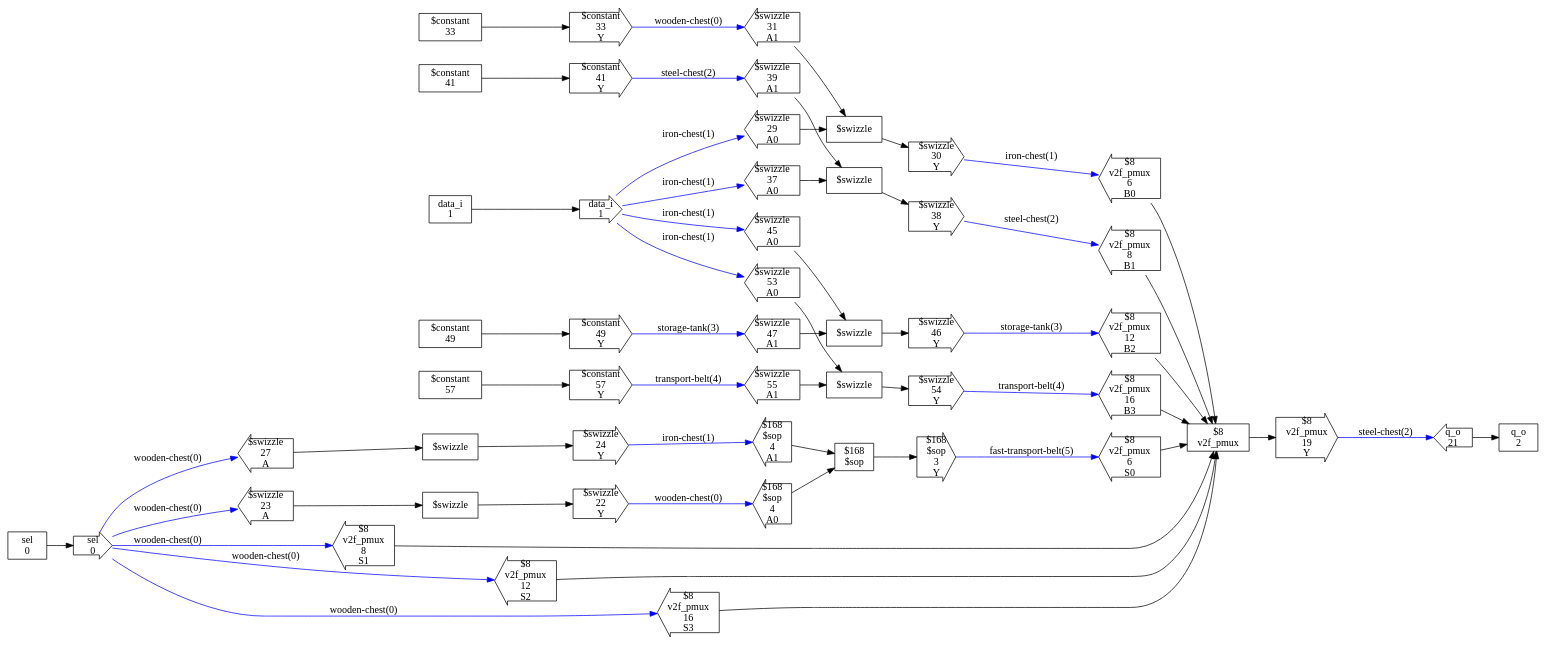
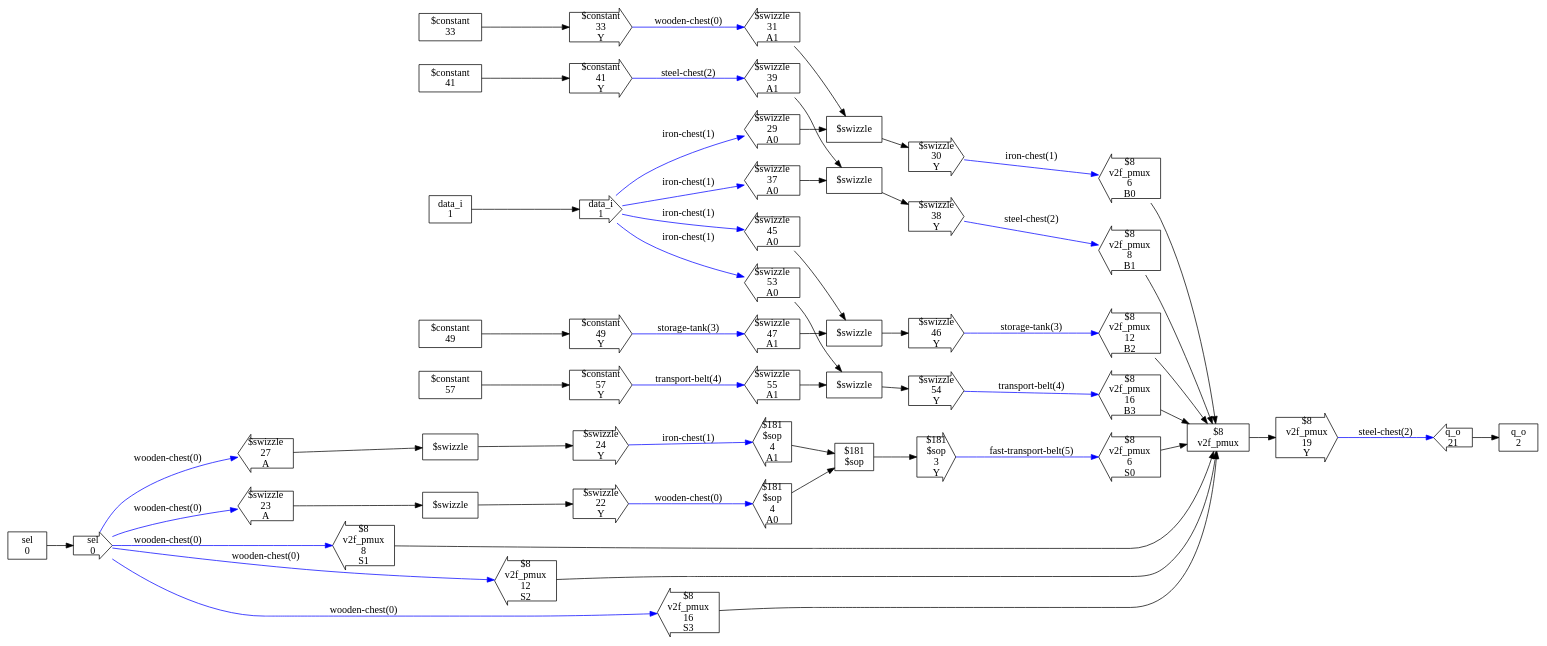
The diagram in test_designs/swizzle_pmux/checked_design.dot (ben-j-c/verilog2factorio), drawn with Graphviz before and after one commit. The commit also changed 72 other files, not shown here.

```diff
--- a/test_designs/swizzle_pmux/checked_design.dot
+++ b/test_designs/swizzle_pmux/checked_design.dot
@@ -1,197 +1,197 @@
 digraph CheckedDesign {
   rankdir=LR
   n0[shape=box,label="sel
 0"]
   n1[shape=box,label="data_i
 1"]
   n2[shape=box,label="q_o
 2"]
-  n3[shape=box,label="$168
+  n4[shape=box,label="$181
 $sop"]
-  n5[shape=box,label="$8
+  n7[shape=box,label="$8
 v2f_pmux"]
   n8[shape=rarrow,label="sel
 0"]
   n9[shape=rarrow,label="data_i
 1"]
   n10[shape=larrow,label="q_o
 21"]
-  n11[shape=larrow,label="$168
+  n14[shape=larrow,label="$181
 $sop
 4
 A0"]
-  n12[shape=larrow,label="$168
+  n15[shape=larrow,label="$181
 $sop
 4
 A1"]
-  n13[shape=rarrow,label="$168
+  n16[shape=rarrow,label="$181
 $sop
 3
 Y"]
-  n17[shape=larrow,label="$8
+  n23[shape=larrow,label="$8
 v2f_pmux
 6
 B0"]
-  n18[shape=larrow,label="$8
+  n24[shape=larrow,label="$8
 v2f_pmux
 8
 B1"]
-  n19[shape=larrow,label="$8
+  n25[shape=larrow,label="$8
 v2f_pmux
 12
 B2"]
-  n20[shape=larrow,label="$8
+  n26[shape=larrow,label="$8
 v2f_pmux
 16
 B3"]
-  n21[shape=larrow,label="$8
+  n27[shape=larrow,label="$8
 v2f_pmux
 6
 S0"]
-  n22[shape=larrow,label="$8
+  n28[shape=larrow,label="$8
 v2f_pmux
 8
 S1"]
-  n23[shape=larrow,label="$8
+  n29[shape=larrow,label="$8
 v2f_pmux
 12
 S2"]
-  n24[shape=larrow,label="$8
+  n30[shape=larrow,label="$8
 v2f_pmux
 16
 S3"]
-  n25[shape=rarrow,label="$8
+  n31[shape=rarrow,label="$8
 v2f_pmux
 19
 Y"]
-  n32[shape=box,label="$swizzle"]
-  n33[shape=rarrow,label="$swizzle
+  n34[shape=box,label="$swizzle"]
+  n35[shape=rarrow,label="$swizzle
 22
 Y"]
-  n34[shape=larrow,label="$swizzle
+  n36[shape=larrow,label="$swizzle
 23
 A"]
-  n35[shape=box,label="$swizzle"]
-  n36[shape=rarrow,label="$swizzle
+  n37[shape=box,label="$swizzle"]
+  n38[shape=rarrow,label="$swizzle
 24
 Y"]
-  n37[shape=larrow,label="$swizzle
+  n39[shape=larrow,label="$swizzle
 27
 A"]
-  n40[shape=box,label="$swizzle"]
-  n41[shape=rarrow,label="$swizzle
+  n44[shape=box,label="$swizzle"]
+  n45[shape=rarrow,label="$swizzle
 30
 Y"]
-  n42[shape=larrow,label="$swizzle
+  n46[shape=larrow,label="$swizzle
 29
 A0"]
-  n43[shape=larrow,label="$swizzle
+  n47[shape=larrow,label="$swizzle
 31
 A1"]
-  n44[shape=box,label="$constant
+  n48[shape=box,label="$constant
 33"]
-  n45[shape=rarrow,label="$constant
+  n49[shape=rarrow,label="$constant
 33
 Y"]
-  n46[shape=box,label="$swizzle"]
-  n47[shape=rarrow,label="$swizzle
+  n50[shape=box,label="$swizzle"]
+  n51[shape=rarrow,label="$swizzle
 38
 Y"]
-  n48[shape=larrow,label="$swizzle
+  n52[shape=larrow,label="$swizzle
 37
 A0"]
-  n49[shape=larrow,label="$swizzle
+  n53[shape=larrow,label="$swizzle
 39
 A1"]
-  n50[shape=box,label="$constant
+  n54[shape=box,label="$constant
 41"]
-  n51[shape=rarrow,label="$constant
+  n55[shape=rarrow,label="$constant
 41
 Y"]
-  n52[shape=box,label="$swizzle"]
-  n53[shape=rarrow,label="$swizzle
+  n56[shape=box,label="$swizzle"]
+  n57[shape=rarrow,label="$swizzle
 46
 Y"]
-  n54[shape=larrow,label="$swizzle
+  n58[shape=larrow,label="$swizzle
 45
 A0"]
-  n55[shape=larrow,label="$swizzle
+  n59[shape=larrow,label="$swizzle
 47
 A1"]
-  n56[shape=box,label="$constant
+  n60[shape=box,label="$constant
 49"]
-  n57[shape=rarrow,label="$constant
+  n61[shape=rarrow,label="$constant
 49
 Y"]
-  n58[shape=box,label="$swizzle"]
-  n59[shape=rarrow,label="$swizzle
+  n62[shape=box,label="$swizzle"]
+  n63[shape=rarrow,label="$swizzle
 54
 Y"]
-  n60[shape=larrow,label="$swizzle
+  n64[shape=larrow,label="$swizzle
 53
 A0"]
-  n61[shape=larrow,label="$swizzle
+  n65[shape=larrow,label="$swizzle
 55
 A1"]
-  n62[shape=box,label="$constant
+  n66[shape=box,label="$constant
 57"]
-  n63[shape=rarrow,label="$constant
+  n67[shape=rarrow,label="$constant
 57
 Y"]
   n0 -> n8
   n1 -> n9
-  n3 -> n13
-  n5 -> n25
-  n8 -> n34 [label="wooden-chest(0)",syle=bold,color=blue]
-  n8 -> n37 [label="wooden-chest(0)",syle=bold,color=blue]
-  n8 -> n22 [label="wooden-chest(0)",syle=bold,color=blue]
-  n8 -> n23 [label="wooden-chest(0)",syle=bold,color=blue]
-  n8 -> n24 [label="wooden-chest(0)",syle=bold,color=blue]
-  n9 -> n42 [label="iron-chest(1)",syle=bold,color=blue]
-  n9 -> n48 [label="iron-chest(1)",syle=bold,color=blue]
-  n9 -> n54 [label="iron-chest(1)",syle=bold,color=blue]
-  n9 -> n60 [label="iron-chest(1)",syle=bold,color=blue]
+  n4 -> n16
+  n7 -> n31
+  n8 -> n36 [label="wooden-chest(0)",syle=bold,color=blue]
+  n8 -> n39 [label="wooden-chest(0)",syle=bold,color=blue]
+  n8 -> n28 [label="wooden-chest(0)",syle=bold,color=blue]
+  n8 -> n29 [label="wooden-chest(0)",syle=bold,color=blue]
+  n8 -> n30 [label="wooden-chest(0)",syle=bold,color=blue]
+  n9 -> n46 [label="iron-chest(1)",syle=bold,color=blue]
+  n9 -> n52 [label="iron-chest(1)",syle=bold,color=blue]
+  n9 -> n58 [label="iron-chest(1)",syle=bold,color=blue]
+  n9 -> n64 [label="iron-chest(1)",syle=bold,color=blue]
   n10 -> n2
-  n11 -> n3
-  n12 -> n3
-  n13 -> n21 [label="fast-transport-belt(5)",syle=bold,color=blue]
-  n17 -> n5
-  n18 -> n5
-  n19 -> n5
-  n20 -> n5
-  n21 -> n5
-  n22 -> n5
-  n23 -> n5
-  n24 -> n5
-  n25 -> n10 [label="steel-chest(2)",syle=bold,color=blue]
-  n32 -> n33
-  n33 -> n11 [label="wooden-chest(0)",syle=bold,color=blue]
-  n34 -> n32
-  n35 -> n36
-  n36 -> n12 [label="iron-chest(1)",syle=bold,color=blue]
-  n37 -> n35
-  n40 -> n41
-  n41 -> n17 [label="iron-chest(1)",syle=bold,color=blue]
-  n42 -> n40
-  n43 -> n40
+  n14 -> n4
+  n15 -> n4
+  n16 -> n27 [label="fast-transport-belt(5)",syle=bold,color=blue]
+  n23 -> n7
+  n24 -> n7
+  n25 -> n7
+  n26 -> n7
+  n27 -> n7
+  n28 -> n7
+  n29 -> n7
+  n30 -> n7
+  n31 -> n10 [label="steel-chest(2)",syle=bold,color=blue]
+  n34 -> n35
+  n35 -> n14 [label="wooden-chest(0)",syle=bold,color=blue]
+  n36 -> n34
+  n37 -> n38
+  n38 -> n15 [label="iron-chest(1)",syle=bold,color=blue]
+  n39 -> n37
   n44 -> n45
-  n45 -> n43 [label="wooden-chest(0)",syle=bold,color=blue]
-  n46 -> n47
-  n47 -> n18 [label="steel-chest(2)",syle=bold,color=blue]
-  n48 -> n46
-  n49 -> n46
+  n45 -> n23 [label="iron-chest(1)",syle=bold,color=blue]
+  n46 -> n44
+  n47 -> n44
+  n48 -> n49
+  n49 -> n47 [label="wooden-chest(0)",syle=bold,color=blue]
   n50 -> n51
-  n51 -> n49 [label="steel-chest(2)",syle=bold,color=blue]
-  n52 -> n53
-  n53 -> n19 [label="storage-tank(3)",syle=bold,color=blue]
-  n54 -> n52
-  n55 -> n52
+  n51 -> n24 [label="steel-chest(2)",syle=bold,color=blue]
+  n52 -> n50
+  n53 -> n50
+  n54 -> n55
+  n55 -> n53 [label="steel-chest(2)",syle=bold,color=blue]
   n56 -> n57
-  n57 -> n55 [label="storage-tank(3)",syle=bold,color=blue]
-  n58 -> n59
-  n59 -> n20 [label="transport-belt(4)",syle=bold,color=blue]
-  n60 -> n58
-  n61 -> n58
+  n57 -> n25 [label="storage-tank(3)",syle=bold,color=blue]
+  n58 -> n56
+  n59 -> n56
+  n60 -> n61
+  n61 -> n59 [label="storage-tank(3)",syle=bold,color=blue]
   n62 -> n63
-  n63 -> n61 [label="transport-belt(4)",syle=bold,color=blue]
+  n63 -> n26 [label="transport-belt(4)",syle=bold,color=blue]
+  n64 -> n62
+  n65 -> n62
+  n66 -> n67
+  n67 -> n65 [label="transport-belt(4)",syle=bold,color=blue]
 }
```
